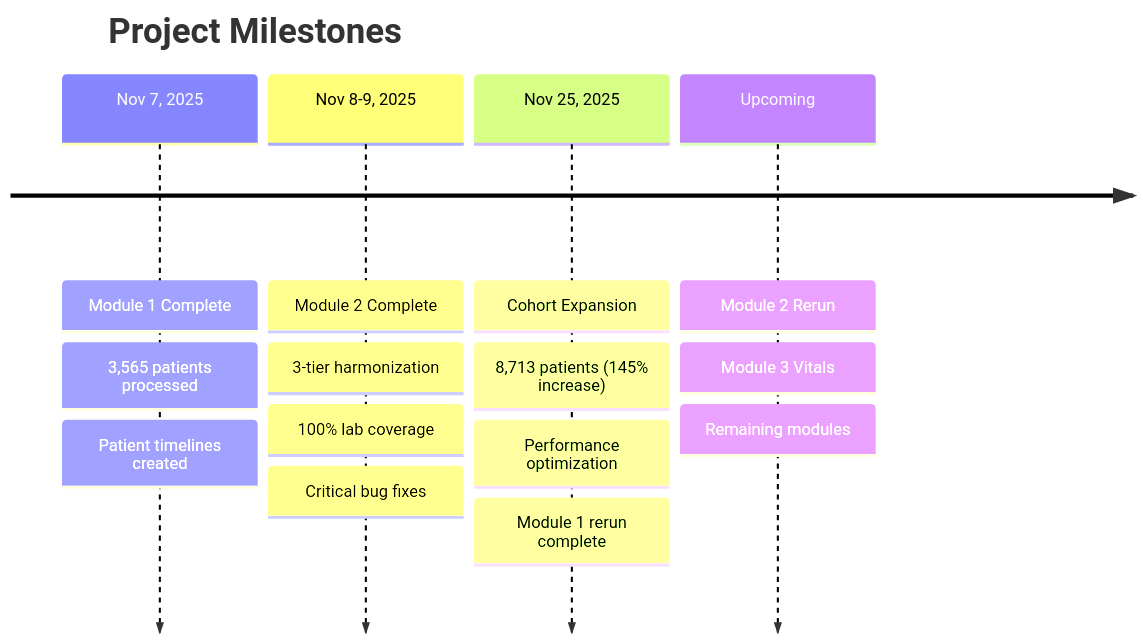
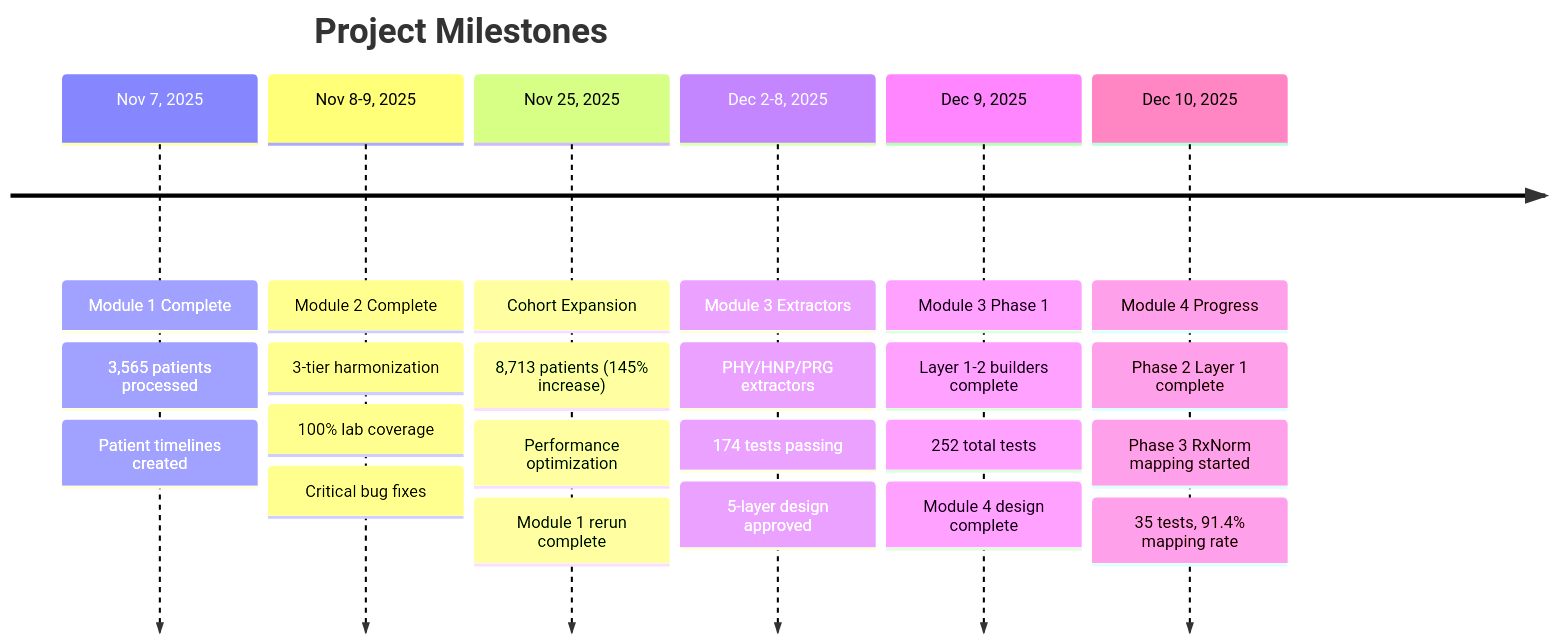
Before and after one commit to moinhs1/extracting-features: the third of 3 diagrams in docs/progress.md, drawn with Mermaid. The commit also changed other lines of this file and 2 other files, not shown here.

First line of the commit message:
docs(module4): update documentation for Phase 3 RxNorm mapping

````diff
--- a/docs/progress.md
+++ b/docs/progress.md
@@ -116,22 +148,33 @@
 ```mermaid
 timeline
     title Project Milestones
 
     Nov 7, 2025 : Module 1 Complete
                 : 3,565 patients processed
                 : Patient timelines created
 
     Nov 8-9, 2025 : Module 2 Complete
                   : 3-tier harmonization
                   : 100% lab coverage
                   : Critical bug fixes
 
     Nov 25, 2025 : Cohort Expansion
                  : 8,713 patients (145% increase)
                  : Performance optimization
                  : Module 1 rerun complete
 
-    Upcoming : Module 2 Rerun
-             : Module 3 Vitals
-             : Remaining modules
+    Dec 2-8, 2025 : Module 3 Extractors
+                  : PHY/HNP/PRG extractors
+                  : 174 tests passing
+                  : 5-layer design approved
+
+    Dec 9, 2025 : Module 3 Phase 1
+                : Layer 1-2 builders complete
+                : 252 total tests
+                : Module 4 design complete
+
+    Dec 10, 2025 : Module 4 Progress
+                 : Phase 2 Layer 1 complete
+                 : Phase 3 RxNorm mapping started
+                 : 35 tests, 91.4% mapping rate
 ```
````
